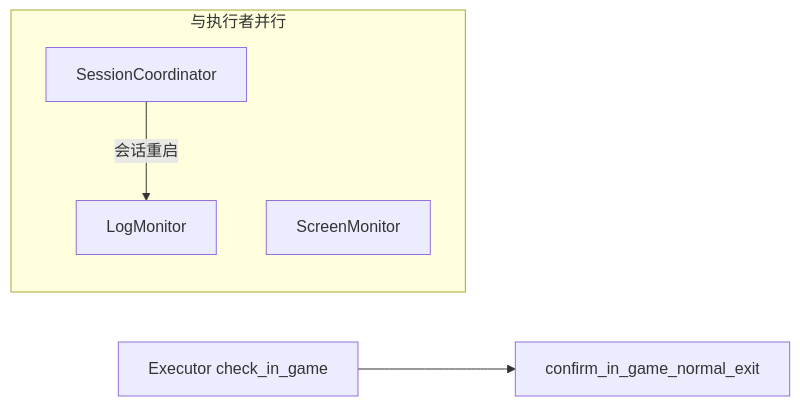
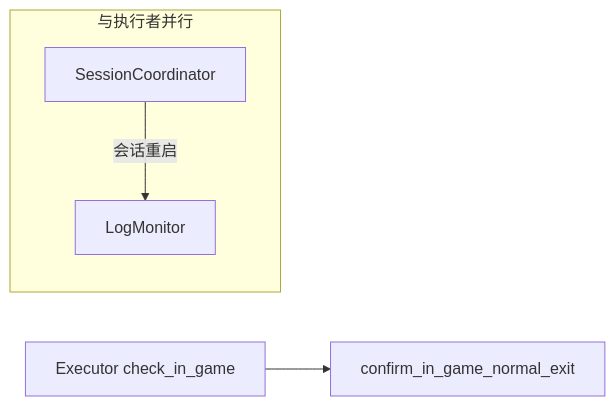
The second of 2 diagrams in README.md (WartDipara/ai-test-workflow), drawn with Mermaid before and after one commit. The commit also changed other lines of this file and 30 other files, not shown here.

````diff
--- a/README.md
+++ b/README.md
@@ -113,10 +112,9 @@
 ```mermaid
 flowchart LR
   subgraph monitors [与执行者并行]
     LM[LogMonitor]
-    SM[ScreenMonitor]
     SC[SessionCoordinator]
     SC -->|会话重启| LM
   end
   EX[Executor check_in_game] --> NE[confirm_in_game_normal_exit]
 ```
````
